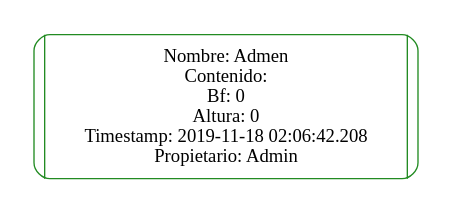
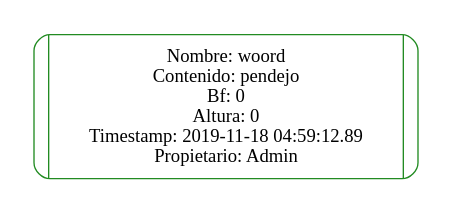
One commit to JPineda12/EDD_2S2019_PY2_201404405 changed the diagram in Reports/AVLTree.dot. Above: the diagram before and after it, drawn with Graphviz. The commit also changed 51 other files, not shown here.

```diff
--- a/Reports/AVLTree.dot
+++ b/Reports/AVLTree.dot
@@ -1,9 +1,9 @@
 digraph AVLTree {
     rankdir=TB;
     graph [pad=".25", ranksep="1.0", nodesep="1"];
     node [shape=record, style = rounded, color = forestgreen];
     node [width = 4, height = 1.5, fixedsize="true"];
     //Nodes and links creation
-     ndAdmen[label="<left> | Nombre: Admen\nContenido: \nBf: 0\nAltura: 0\nTimestamp: 2019-11-18 02:06:42.208\nPropietario: Admin | <right>"];
-     //Links ndAdmen
+     ndwoord[label="<left> | Nombre: woord\nContenido: pendejo\nBf: 0\nAltura: 0\nTimestamp: 2019-11-18 04:59:12.89\nPropietario: Admin | <right>"];
+     //Links ndwoord
 }
```
